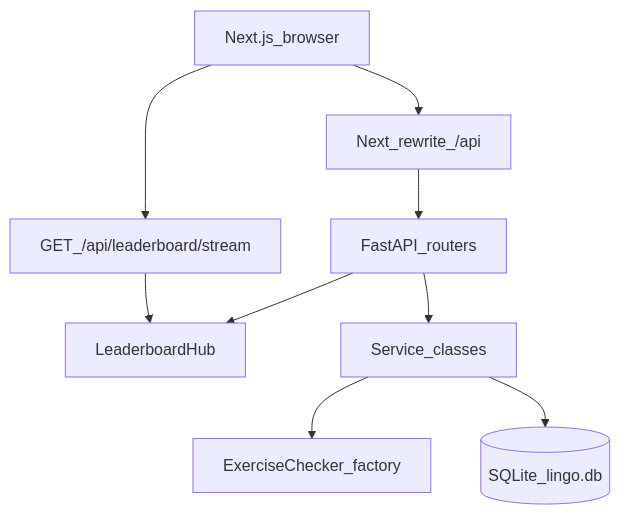
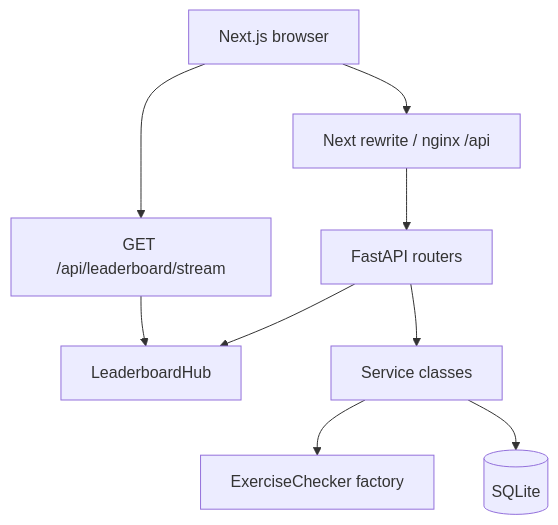
The second of 6 diagrams in README.md (phanipaladugula/Fluent), drawn with Mermaid before and after one commit. The commit also changed other lines of this file, not shown here.

````diff
--- a/README.md
+++ b/README.md
@@ -157,20 +300,18 @@
 ```mermaid
 flowchart TB
-  Browser[Next.js_browser]
-  Proxy[Next_rewrite_/api]
-  SSE[GET_/api/leaderboard/stream]
-  Routers[FastAPI_routers]
+  Browser[Next.js browser]
+  Proxy[Next rewrite / nginx /api]
+  SSE[GET /api/leaderboard/stream]
+  Routers[FastAPI routers]
   Hub[LeaderboardHub]
-  Services[Service_classes]
-  Checkers[ExerciseChecker_factory]
-  DB[(SQLite_lingo.db)]
+  Services[Service classes]
+  Checkers[ExerciseChecker factory]
+  DB[(SQLite)]
 
-  Browser --> Proxy
-  Proxy --> Routers
-  Browser --> SSE
-  SSE --> Hub
+  Browser --> Proxy --> Routers
+  Browser --> SSE --> Hub
   Routers --> Services
   Routers --> Hub
   Services --> Checkers
   Services --> DB
 ```
````
